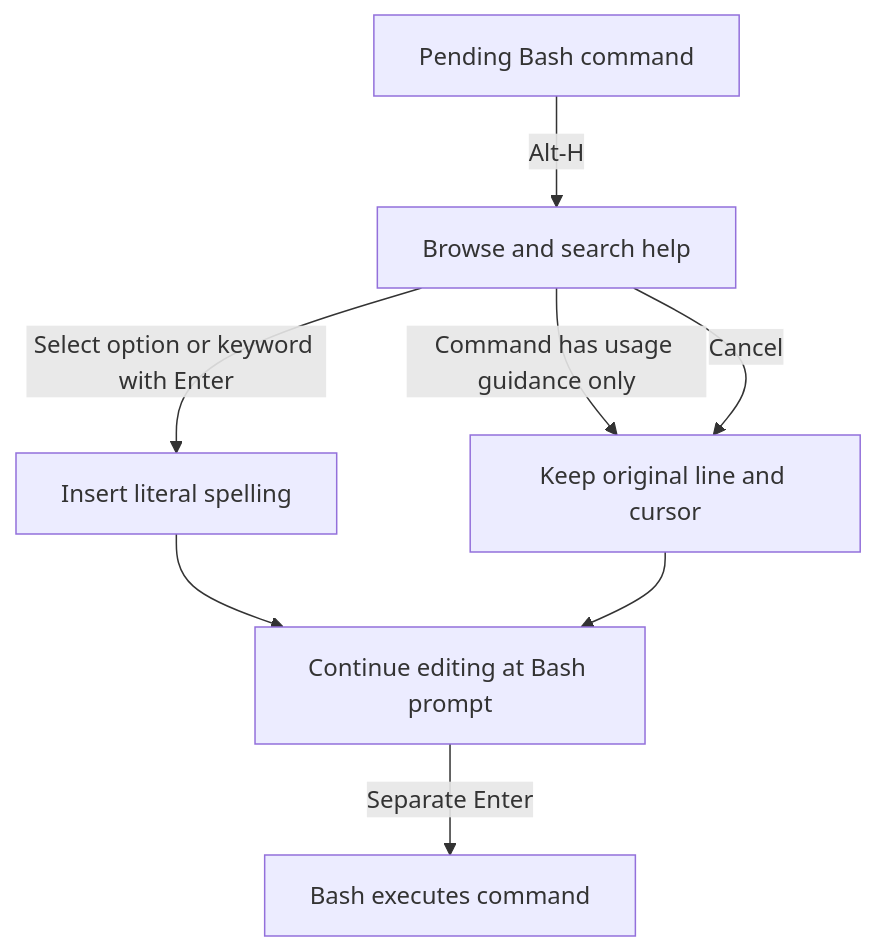
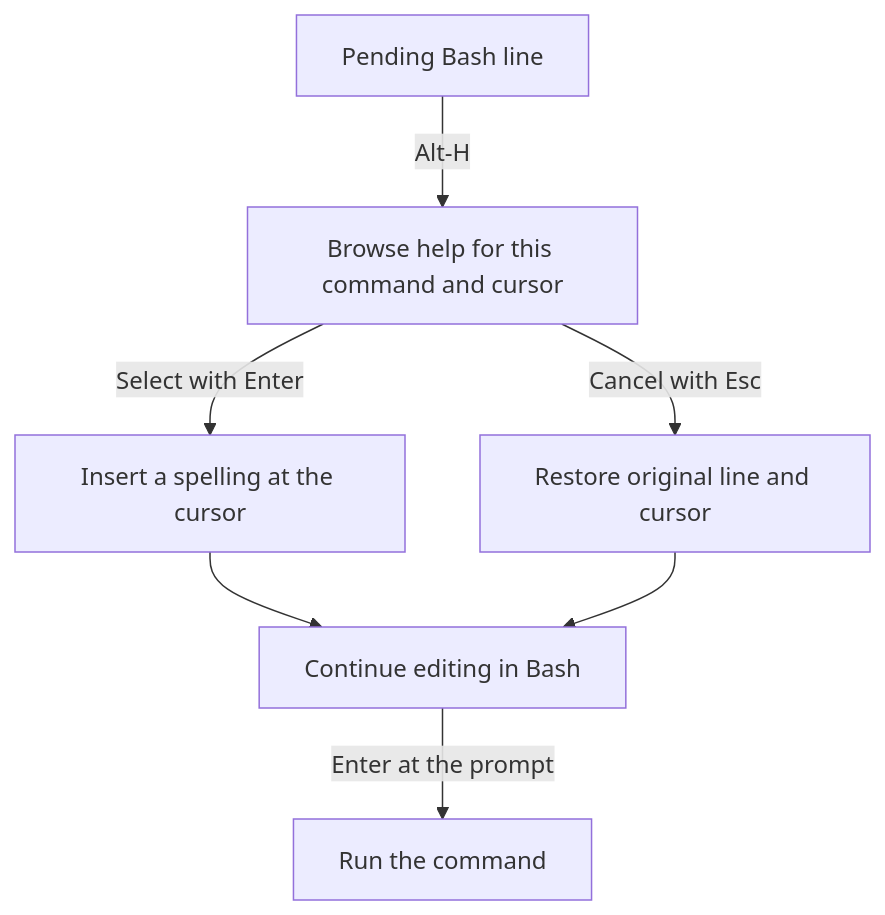
Before and after one commit to Usrnmna/CLI-InteractiveHelpMenu: the diagram in README.md, drawn with Mermaid. The commit also changed other lines of this file and 59 other files, not shown here.

````diff
--- a/README.md
+++ b/README.md
@@ -120,10 +114,9 @@
 ```mermaid
 flowchart TD
-    A[Pending Bash command] -->|Alt-H| B[Browse and search help]
-    B -->|Command has usage guidance only| D
-    B -->|Select option or keyword with Enter| C[Insert literal spelling]
-    B -->|Cancel| D[Keep original line and cursor]
-    C --> E[Continue editing at Bash prompt]
+    A["Pending Bash line"] -->|"Alt-H"| B["Browse help for this command and cursor"]
+    B -->|"Select with Enter"| C["Insert a spelling at the cursor"]
+    B -->|"Cancel with Esc"| D["Restore original line and cursor"]
+    C --> E["Continue editing in Bash"]
     D --> E
-    E -->|Separate Enter| F[Bash executes command]
+    E -->|"Enter at the prompt"| F["Run the command"]
 ```
````
